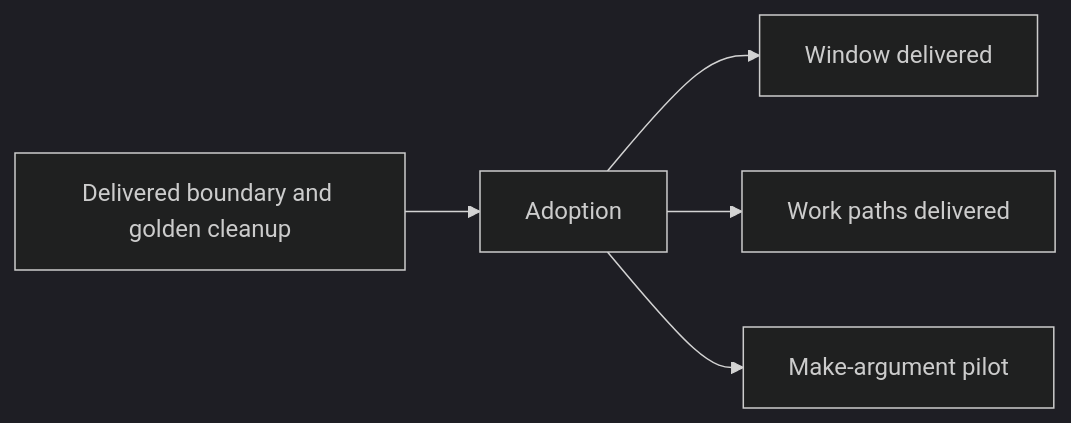
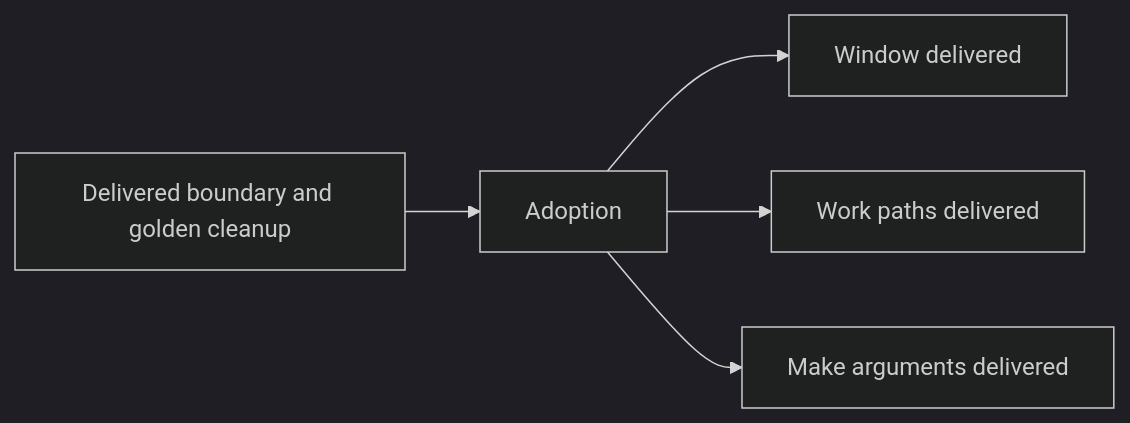
Before and after one commit to msitarz/ataraxia: the diagram in doc/feat/testing-conformance/hypothesis/README.md, drawn with Mermaid (dark theme). The commit also changed other lines of this file and 1 other file, not shown here.

Commit message:
docs: close generated registry argument pilot

````diff
--- a/doc/feat/testing-conformance/hypothesis/README.md
+++ b/doc/feat/testing-conformance/hypothesis/README.md
@@ -17,7 +17,7 @@
 ```mermaid
 flowchart LR
     C[Delivered boundary and golden cleanup] --> A[Adoption]
     A --> W[Window delivered]
     A --> P[Work paths delivered]
-    A --> M[Make-argument pilot]
+    A --> M[Make arguments delivered]
 ```
````
